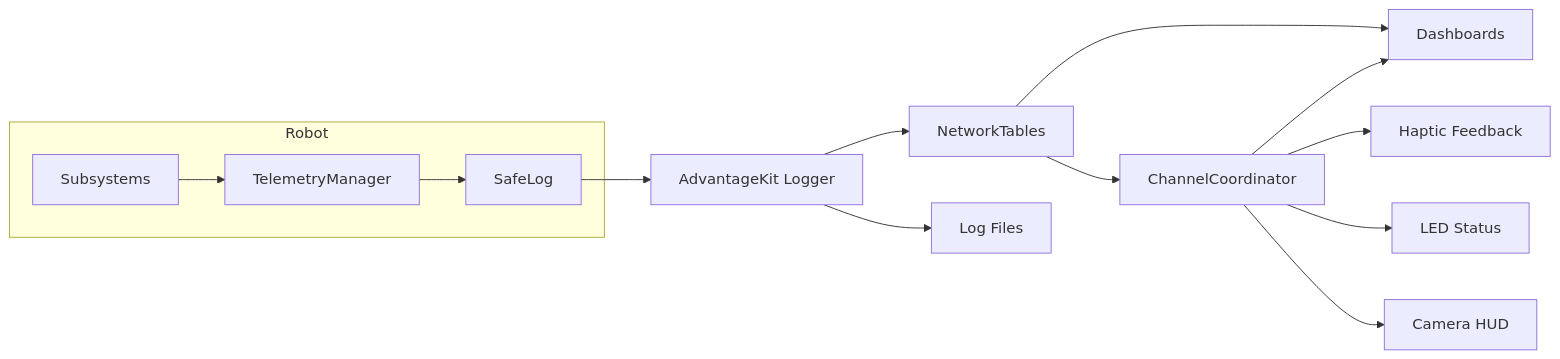
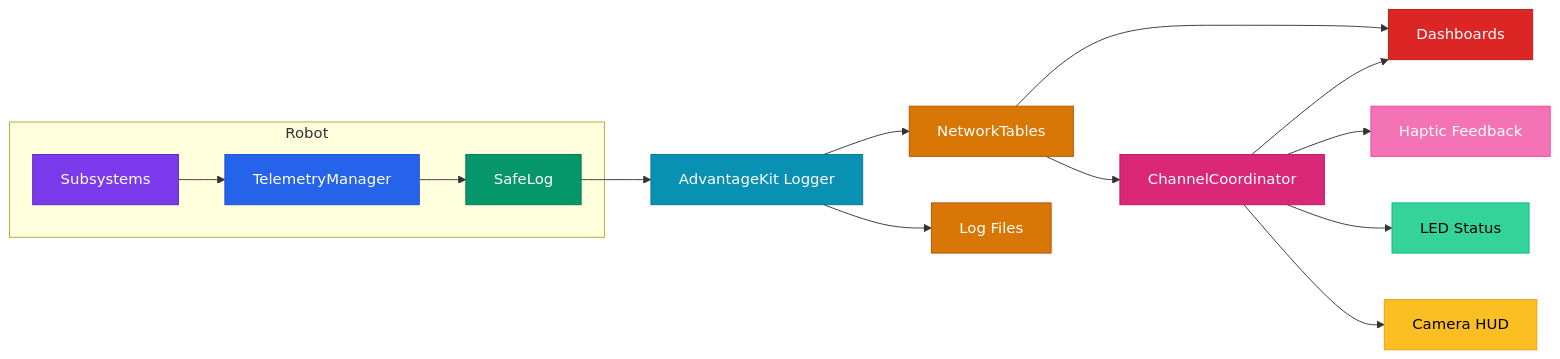
Before and after one commit to eeveemara/frc5962-2026-docs: the second of 2 diagrams in docs/README.md, drawn with Mermaid. The commit also changed other lines of this file and 14 other files, not shown here.

Commit message:
Add explicit colors to all 20 mermaid diagrams for GitBook dark mode

````diff
--- a/docs/README.md
+++ b/docs/README.md
@@ -73,19 +99,31 @@
 ```mermaid
 graph LR
     subgraph Robot
         SUB[Subsystems] --> TM[TelemetryManager]
         TM --> SL[SafeLog]
     end
 
     SL --> AK[AdvantageKit Logger]
     AK --> NT[NetworkTables]
     AK --> LOG[Log Files]
 
     NT --> DASH[Dashboards]
     NT --> CC[ChannelCoordinator]
 
     CC --> HAP[Haptic Feedback]
     CC --> LED_OUT[LED Status]
     CC --> HUD[Camera HUD]
     CC --> DASH
+
+    style SUB fill:#7c3aed,stroke:#5b21b6,color:#fff
+    style TM fill:#2563eb,stroke:#1d4ed8,color:#fff
+    style SL fill:#059669,stroke:#047857,color:#fff
+    style AK fill:#0891b2,stroke:#0e7490,color:#fff
+    style NT fill:#d97706,stroke:#b45309,color:#fff
+    style LOG fill:#d97706,stroke:#b45309,color:#fff
+    style DASH fill:#dc2626,stroke:#b91c1c,color:#fff
+    style CC fill:#db2777,stroke:#be185d,color:#fff
+    style HAP fill:#f472b6,stroke:#ec4899,color:#fff
+    style LED_OUT fill:#34d399,stroke:#10b981,color:#000
+    style HUD fill:#fbbf24,stroke:#f59e0b,color:#000
 ```
````
